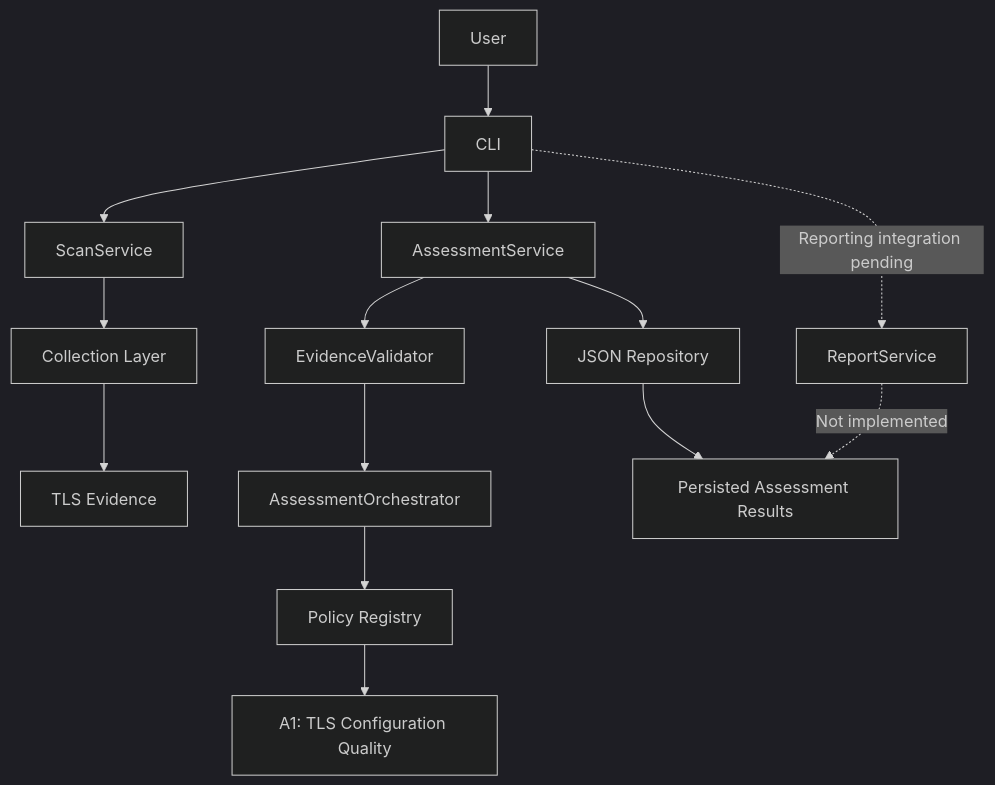
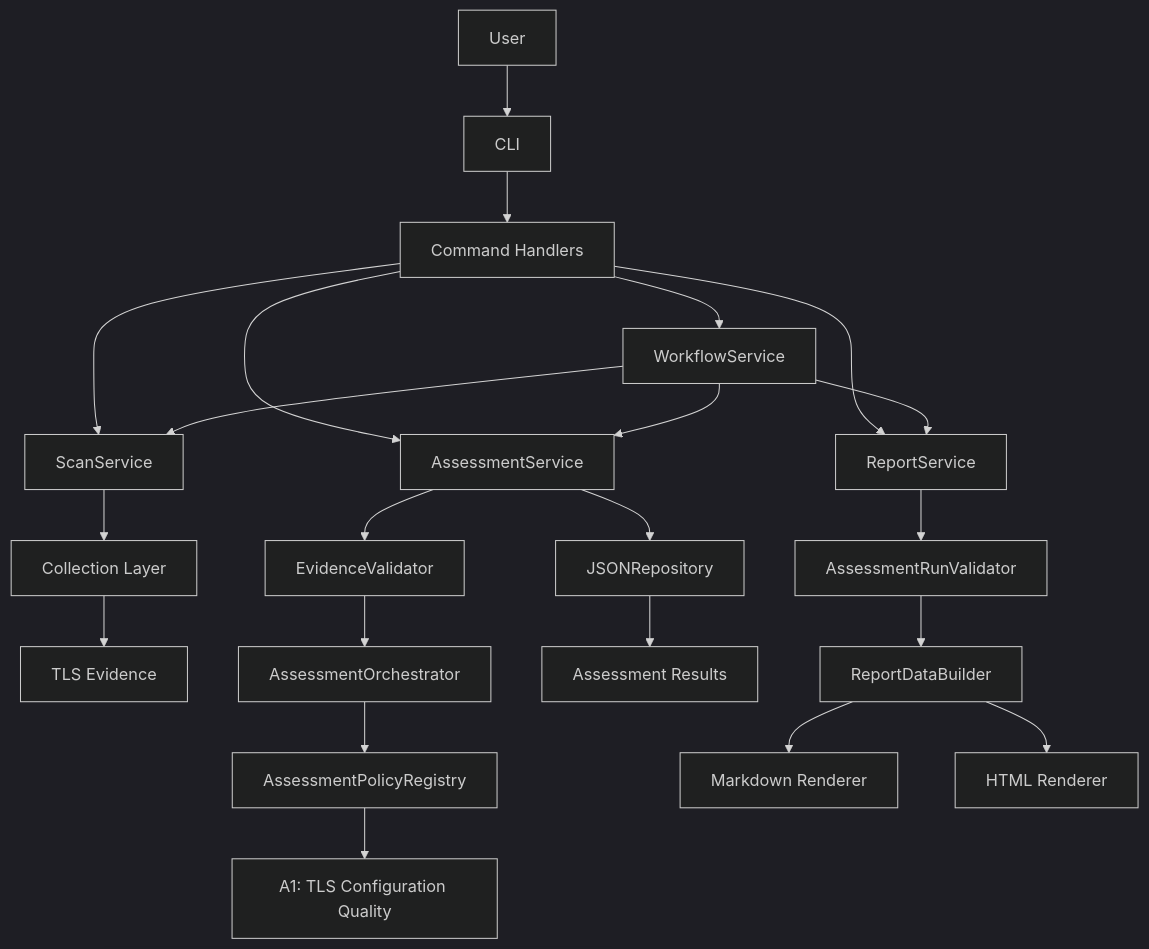
One commit to git-loa/cryptographic-inventory-pqc-risk-assessment changed the first of 5 diagrams in docs/architecture.md. Above: the diagram before and after it, drawn with Mermaid (dark theme). The commit also changed other lines of this file and 1 other file, not shown here.

Commit message:
docs: update CLI workflow and application architecture

````diff
--- a/docs/architecture.md
+++ b/docs/architecture.md
@@ -23,22 +26,32 @@
 ```mermaid
 flowchart TD
     User["User"] --> CLI["CLI"]
 
-    CLI --> ScanService["ScanService"]
-    CLI --> AssessmentService["AssessmentService"]
-    CLI -. "Reporting integration pending" .-> ReportService["ReportService"]
+    CLI --> Commands["Command Handlers"]
+    Commands --> ScanService["ScanService"]
+    Commands --> AssessmentService["AssessmentService"]
+    Commands --> ReportService["ReportService"]
+    Commands --> WorkflowService["WorkflowService"]
 
     ScanService --> Collection["Collection Layer"]
     Collection --> Evidence["TLS Evidence"]
 
     AssessmentService --> Validator["EvidenceValidator"]
     Validator --> Orchestrator["AssessmentOrchestrator"]
 
-    Orchestrator --> Registry["Policy Registry"]
+    Orchestrator --> Registry["AssessmentPolicyRegistry"]
     Registry --> A1["A1: TLS Configuration Quality"]
 
-    AssessmentService --> Repository["JSON Repository"]
-    Repository --> Results["Persisted Assessment Results"]
+    AssessmentService --> Repository["JSONRepository"]
+    Repository --> Results["Assessment Results"]
 
-    ReportService -. "Not implemented" .-> Results
+    ReportService --> RunValidator["AssessmentRunValidator"]
+    RunValidator --> ReportData["ReportDataBuilder"]
+
+    ReportData --> Markdown["Markdown Renderer"]
+    ReportData --> HTML["HTML Renderer"]
+
+    WorkflowService --> ScanService
+    WorkflowService --> AssessmentService
+    WorkflowService --> ReportService
 ```
````
